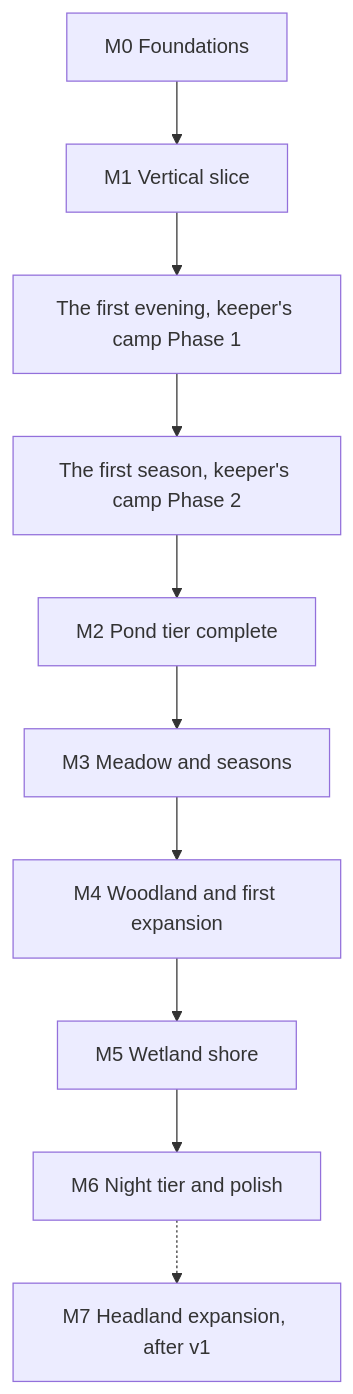
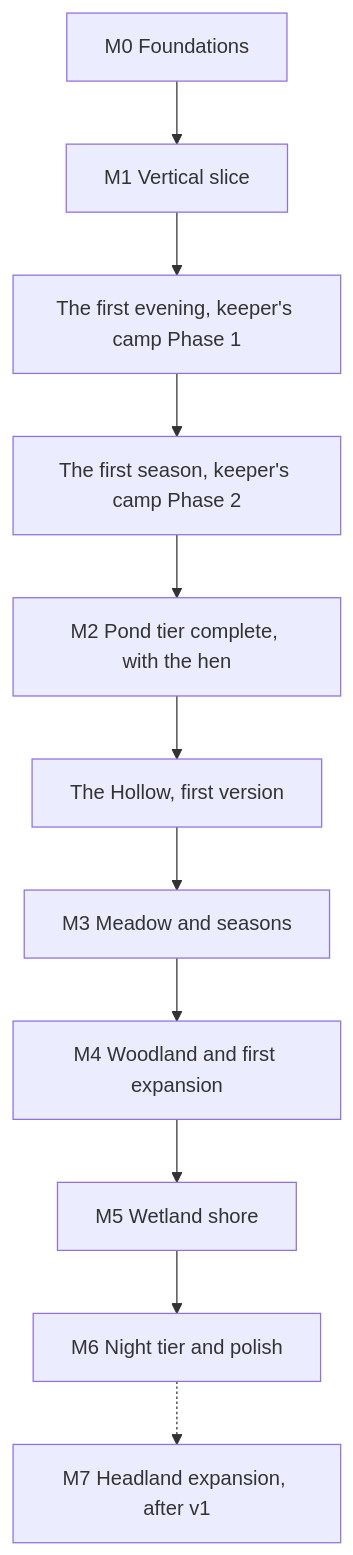
One commit to mshomper/ebb changed the diagram in docs/20-roadmap-and-vertical-slice.md. Above: the diagram before and after it, drawn with Mermaid. The commit also changed other lines of this file and 4 other files, not shown here.

First line of the commit message:
The first season check, and M2's close and the Hollow in the roadmap

````diff
--- a/docs/20-roadmap-and-vertical-slice.md
+++ b/docs/20-roadmap-and-vertical-slice.md
@@ -15,12 +15,13 @@
 ```mermaid
 flowchart TD
     M0[M0 Foundations] --> M1[M1 Vertical slice]
     M1 --> FE[The first evening, keeper's camp Phase 1]
     FE --> FS[The first season, keeper's camp Phase 2]
-    FS --> M2[M2 Pond tier complete]
-    M2 --> M3[M3 Meadow and seasons]
+    FS --> M2[M2 Pond tier complete, with the hen]
+    M2 --> HO[The Hollow, first version]
+    HO --> M3[M3 Meadow and seasons]
     M3 --> M4[M4 Woodland and first expansion]
     M4 --> M5[M5 Wetland shore]
     M5 --> M6[M6 Night tier and polish]
     M6 -.-> M7[M7 Headland expansion, after v1]
 ```
````
